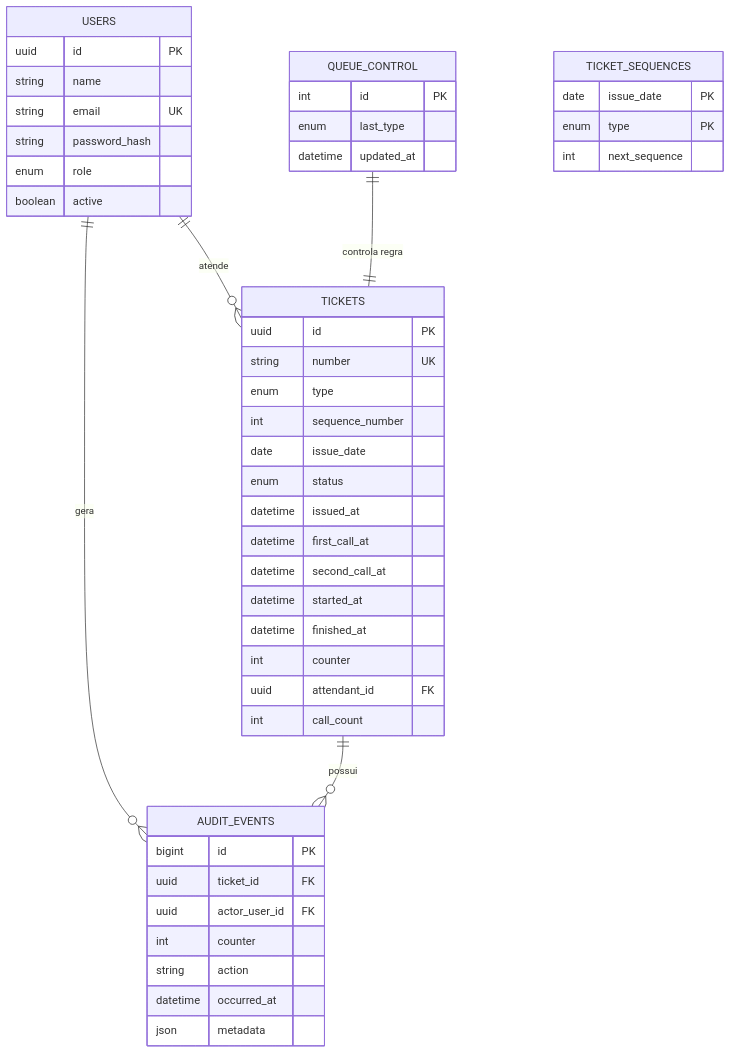
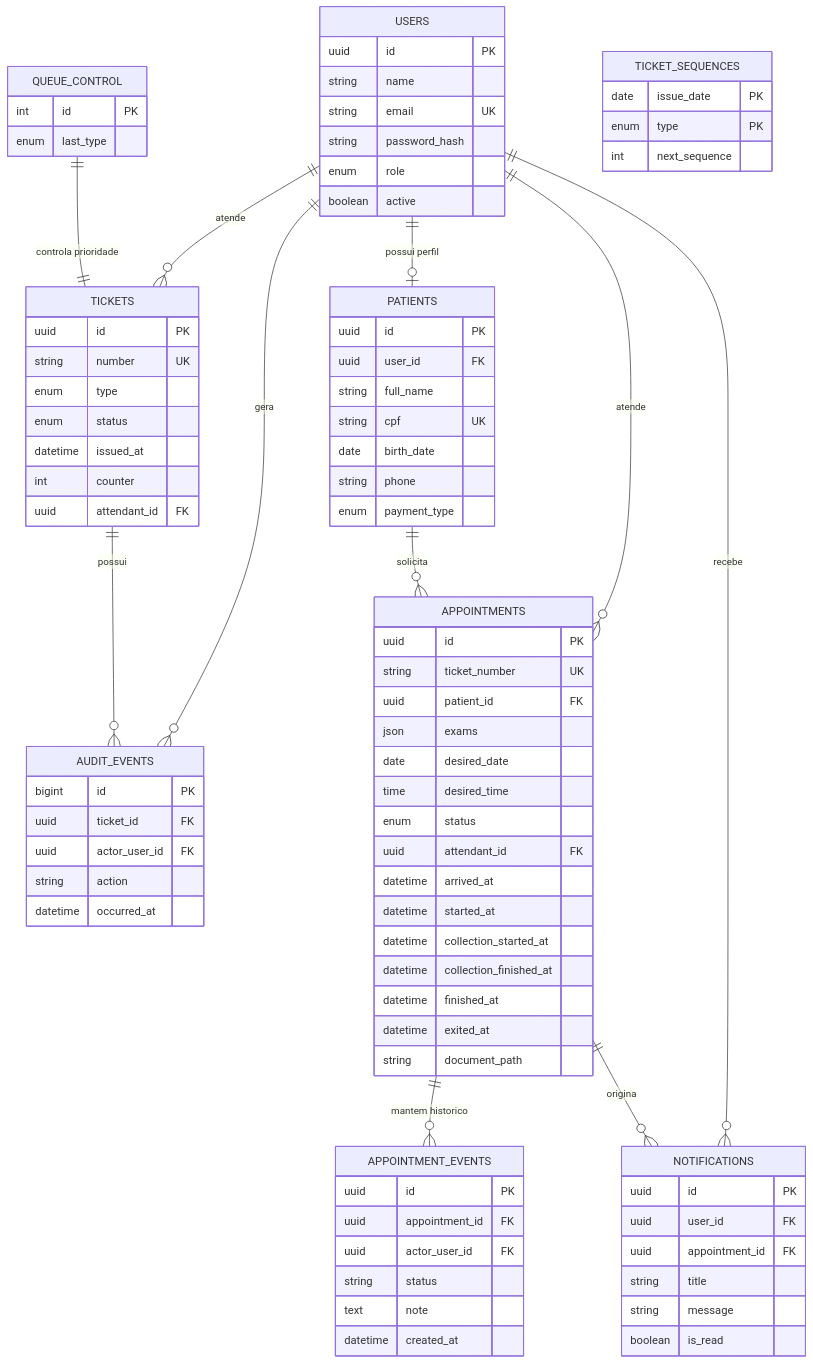
The diagram in docs/mer/modelo-entidade-relacionamento.md (andretec407/Clinica-Marcacao), drawn with Mermaid before and after one commit. The commit also changed other lines of this file and 44 other files, not shown here.

````diff
--- a/docs/mer/modelo-entidade-relacionamento.md
+++ b/docs/mer/modelo-entidade-relacionamento.md
@@ -3,14 +3,16 @@
 ```mermaid
 erDiagram
+    USERS ||--o| PATIENTS : "possui perfil"
     USERS ||--o{ TICKETS : "atende"
     USERS ||--o{ AUDIT_EVENTS : "gera"
+    USERS ||--o{ APPOINTMENTS : "atende"
+    USERS ||--o{ NOTIFICATIONS : "recebe"
+    PATIENTS ||--o{ APPOINTMENTS : "solicita"
     TICKETS ||--o{ AUDIT_EVENTS : "possui"
-    QUEUE_CONTROL ||--|| TICKETS : "controla regra"
-    TICKET_SEQUENCES {
-      date issue_date PK
-      enum type PK
-      int next_sequence
-    }
+    APPOINTMENTS ||--o{ APPOINTMENT_EVENTS : "mantem historico"
+    APPOINTMENTS ||--o{ NOTIFICATIONS : "origina"
+    QUEUE_CONTROL ||--|| TICKETS : "controla prioridade"
+
     USERS {
       uuid id PK
       string name
@@ -19,34 +21,71 @@
       enum role
       boolean active
     }
+    PATIENTS {
+      uuid id PK
+      uuid user_id FK
+      string full_name
+      string cpf UK
+      date birth_date
+      string phone
+      enum payment_type
+    }
+    APPOINTMENTS {
+      uuid id PK
+      string ticket_number UK
+      uuid patient_id FK
+      json exams
+      date desired_date
+      time desired_time
+      enum status
+      uuid attendant_id FK
+      datetime arrived_at
+      datetime started_at
+      datetime collection_started_at
+      datetime collection_finished_at
+      datetime finished_at
+      datetime exited_at
+      string document_path
+    }
+    APPOINTMENT_EVENTS {
+      uuid id PK
+      uuid appointment_id FK
+      uuid actor_user_id FK
+      string status
+      text note
+      datetime created_at
+    }
+    NOTIFICATIONS {
+      uuid id PK
+      uuid user_id FK
+      uuid appointment_id FK
+      string title
+      string message
+      boolean is_read
+    }
     TICKETS {
       uuid id PK
       string number UK
       enum type
-      int sequence_number
-      date issue_date
       enum status
       datetime issued_at
-      datetime first_call_at
-      datetime second_call_at
-      datetime started_at
-      datetime finished_at
       int counter
       uuid attendant_id FK
-      int call_count
     }
     AUDIT_EVENTS {
       bigint id PK
       uuid ticket_id FK
       uuid actor_user_id FK
-      int counter
       string action
       datetime occurred_at
-      json metadata
     }
     QUEUE_CONTROL {
       int id PK
       enum last_type
-      datetime updated_at
+    }
+    TICKET_SEQUENCES {
+      date issue_date PK
+      enum type PK
+      int next_sequence
     }
 ```
````
